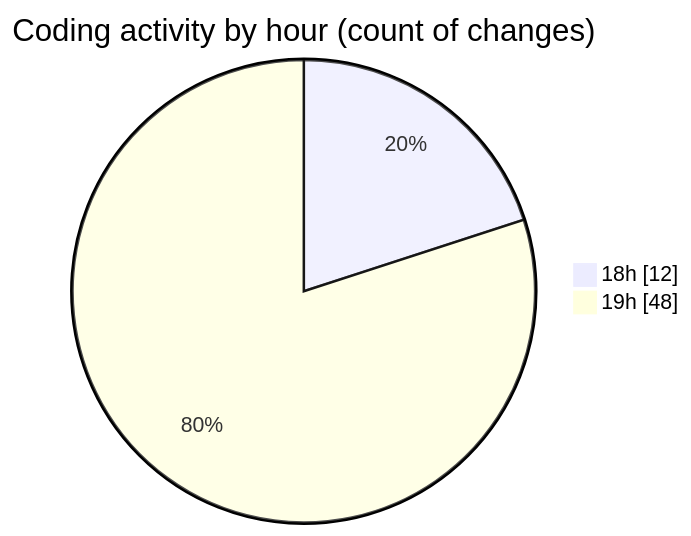
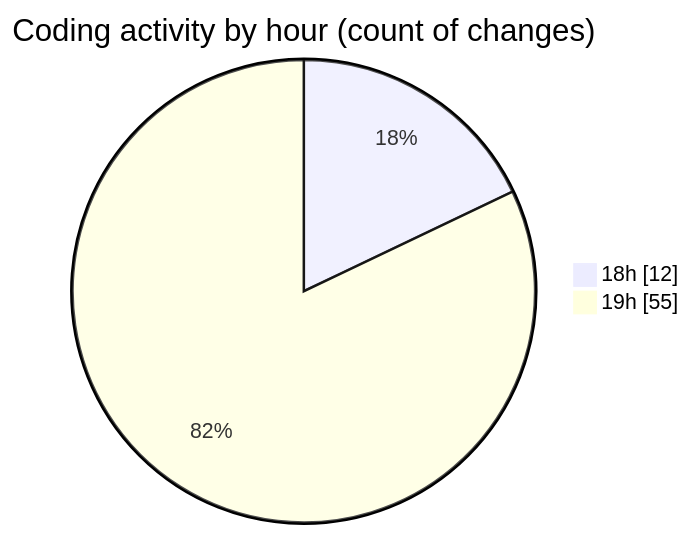
Before and after one commit to MatusMokan/code-tracking: the second of 2 diagrams in 2025-03-14/myws__workspace_/README.md, drawn with Mermaid. The commit also changed other lines of this file and 1 other file, not shown here.

````diff
--- a/2025-03-14/myws__workspace_/README.md
+++ b/2025-03-14/myws__workspace_/README.md
@@ -30,6 +30,6 @@
 ```mermaid
 pie showData
 title Coding activity by hour (count of changes)
 "18h" : 12
-"19h" : 48
+"19h" : 55
 ```
````
